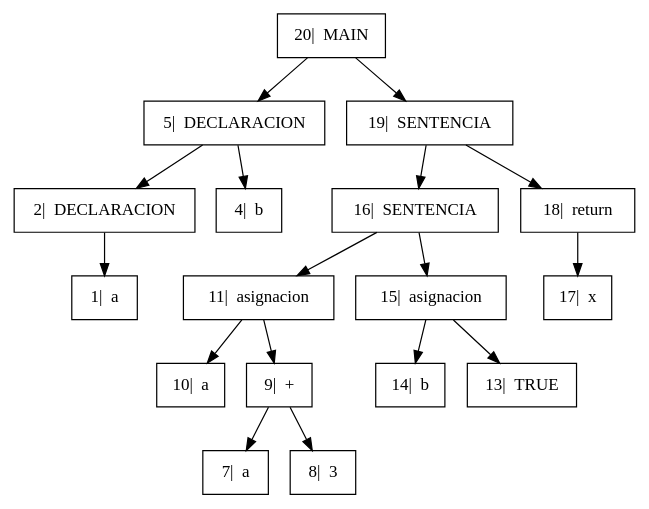
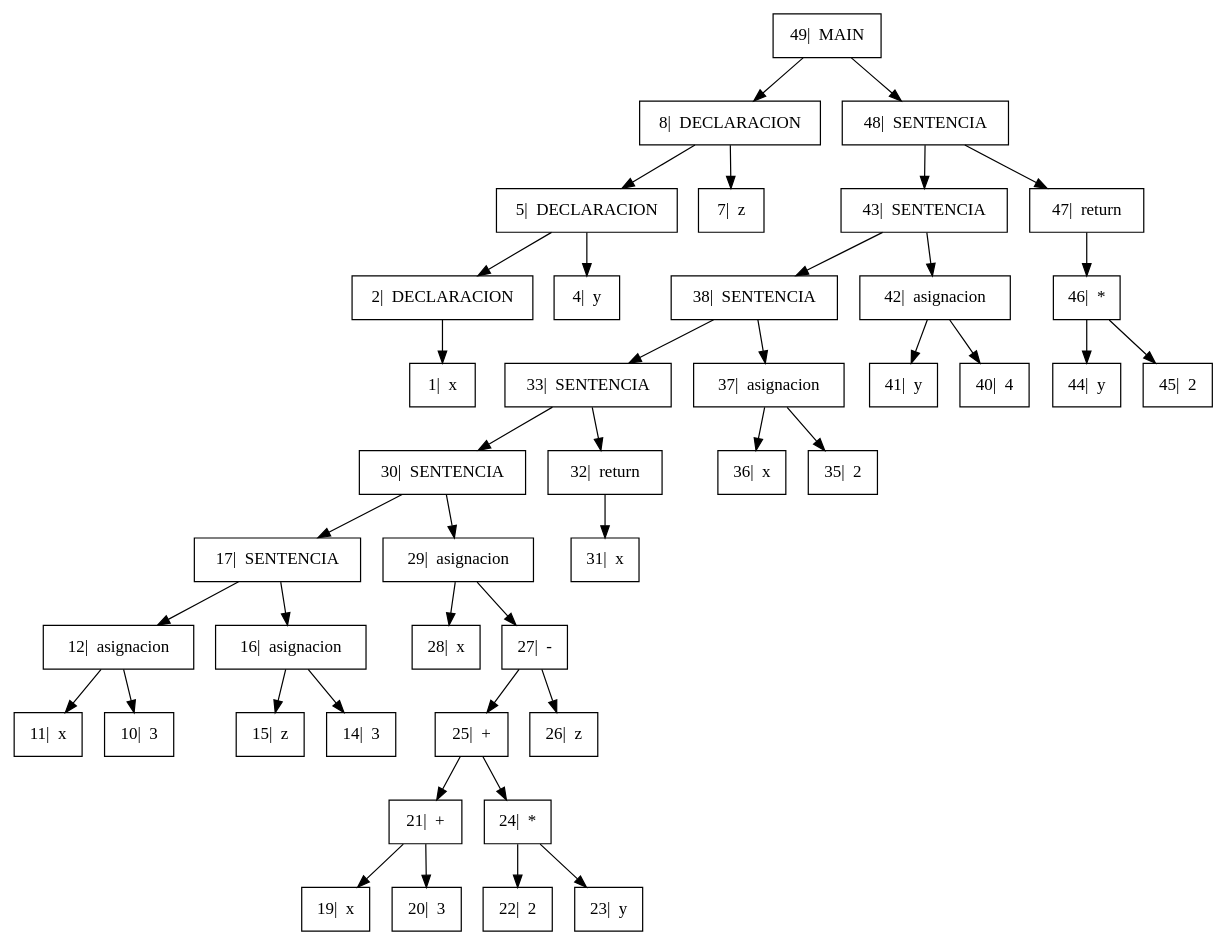
Before and after one commit to GiovA07/PRE-PROYECTO-COMPILADORES: the diagram in Proyecto/Arbol.dot, drawn with Graphviz. The commit also changed 4 other files, not shown here.

```diff
--- a/Proyecto/Arbol.dot
+++ b/Proyecto/Arbol.dot
@@ -1,15 +1,28 @@
 digraph{
 
 rankdir=TB;
 
 node[shape=box];
-"20|  MAIN" -> "5|  DECLARACION", "19|  SENTENCIA";
-"5|  DECLARACION" -> "2|  DECLARACION", "4|  b";
-"2|  DECLARACION" -> "1|  a" ;
-"19|  SENTENCIA" -> "16|  SENTENCIA", "18|  return";
-"16|  SENTENCIA" -> "11|  asignacion", "15|  asignacion";
-"11|  asignacion" -> "10|  a", "9|  +";
-"9|  +" -> "7|  a", "8|  3";
-"15|  asignacion" -> "14|  b", "13|  TRUE";
-"18|  return" -> "17|  x" ;
+"49|  MAIN" -> "8|  DECLARACION", "48|  SENTENCIA";
+"8|  DECLARACION" -> "5|  DECLARACION", "7|  z";
+"5|  DECLARACION" -> "2|  DECLARACION", "4|  y";
+"2|  DECLARACION" -> "1|  x" ;
+"48|  SENTENCIA" -> "43|  SENTENCIA", "47|  return";
+"43|  SENTENCIA" -> "38|  SENTENCIA", "42|  asignacion";
+"38|  SENTENCIA" -> "33|  SENTENCIA", "37|  asignacion";
+"33|  SENTENCIA" -> "30|  SENTENCIA", "32|  return";
+"30|  SENTENCIA" -> "17|  SENTENCIA", "29|  asignacion";
+"17|  SENTENCIA" -> "12|  asignacion", "16|  asignacion";
+"12|  asignacion" -> "11|  x", "10|  3";
+"16|  asignacion" -> "15|  z", "14|  3";
+"29|  asignacion" -> "28|  x", "27|  -";
+"27|  -" -> "25|  +", "26|  z";
+"25|  +" -> "21|  +", "24|  *";
+"21|  +" -> "19|  x", "20|  3";
+"24|  *" -> "22|  2", "23|  y";
+"32|  return" -> "31|  x" ;
+"37|  asignacion" -> "36|  x", "35|  2";
+"42|  asignacion" -> "41|  y", "40|  4";
+"47|  return" -> "46|  *" ;
+"46|  *" -> "44|  y", "45|  2";
 }
```
